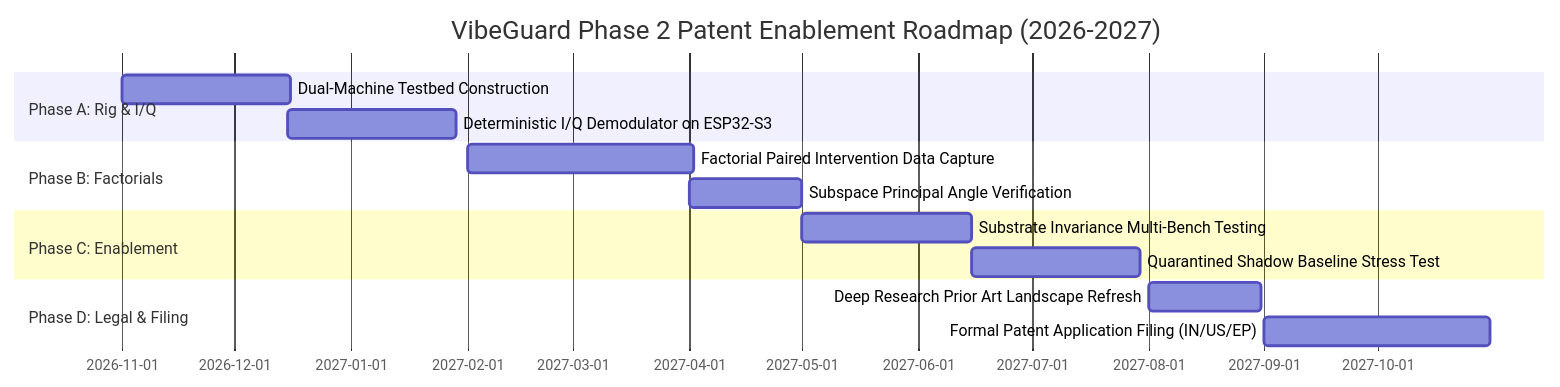
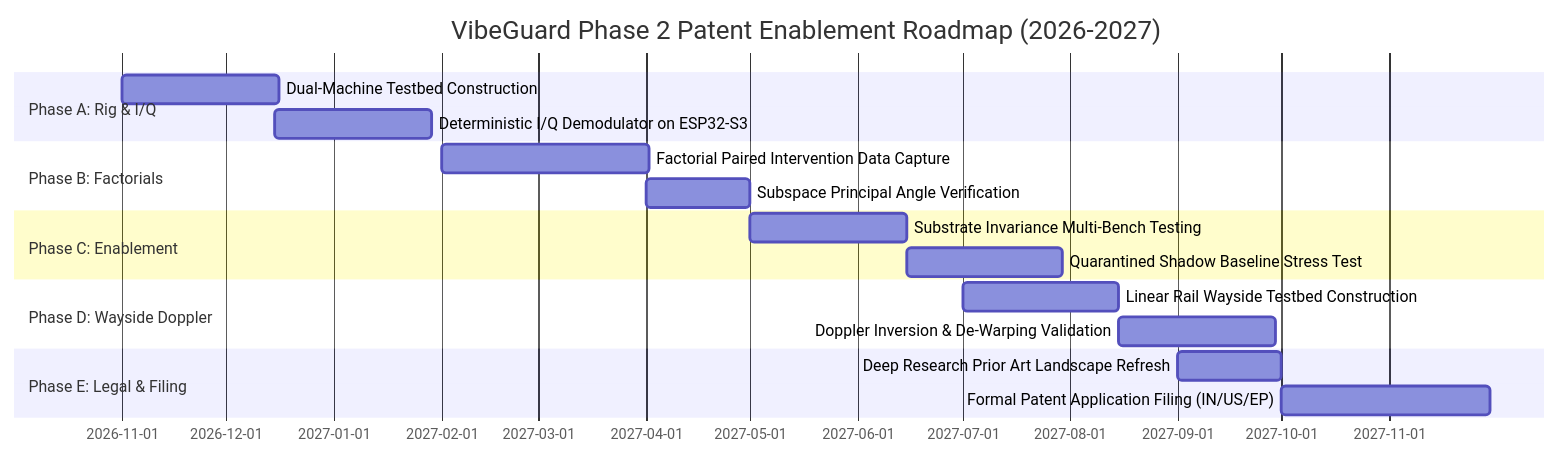
One commit to wolf-eye0/ORGANISED-MC-PROJECT-FOLDER changed the fifth of 5 diagrams in 03_CONCEPT_PORTFOLIO/VibeGuard/04_PreBuild_Simulation/VIBEGUARD_PHASE2_PATENT_UPGRADATION_JOURNAL_2026.md. Above: the diagram before and after it, drawn with Mermaid. The commit also changed other lines of this file and 2 other files, not shown here.

````diff
--- a/03_CONCEPT_PORTFOLIO/VibeGuard/04_PreBuild_Simulation/VIBEGUARD_PHASE2_PATENT_UPGRADATION_JOURNAL_2026.md
+++ b/03_CONCEPT_PORTFOLIO/VibeGuard/04_PreBuild_Simulation/VIBEGUARD_PHASE2_PATENT_UPGRADATION_JOURNAL_2026.md
@@ -340,17 +649,20 @@
 ```mermaid
 gantt
     title VibeGuard Phase 2 Patent Enablement Roadmap (2026-2027)
     dateFormat  YYYY-MM-DD
     section Phase A: Rig & I/Q
     Dual-Machine Testbed Construction    :a1, 2026-11-01, 45d
     Deterministic I/Q Demodulator on ESP32-S3 :a2, 2026-12-15, 45d
     section Phase B: Factorials
     Factorial Paired Intervention Data Capture :b1, 2027-02-01, 60d
     Subspace Principal Angle Verification     :b2, 2027-04-01, 30d
     section Phase C: Enablement
     Substrate Invariance Multi-Bench Testing   :c1, 2027-05-01, 45d
     Quarantined Shadow Baseline Stress Test    :c2, 2027-06-15, 45d
-    section Phase D: Legal & Filing
-    Deep Research Prior Art Landscape Refresh  :d1, 2027-08-01, 30d
-    Formal Patent Application Filing (IN/US/EP):d2, 2027-09-01, 60d
+    section Phase D: Wayside Doppler
+    Linear Rail Wayside Testbed Construction   :d1, 2027-07-01, 45d
+    Doppler Inversion & De-Warping Validation  :d2, 2027-08-15, 45d
+    section Phase E: Legal & Filing
+    Deep Research Prior Art Landscape Refresh  :e1, 2027-09-01, 30d
+    Formal Patent Application Filing (IN/US/EP):e2, 2027-10-01, 60d
 ```
````
